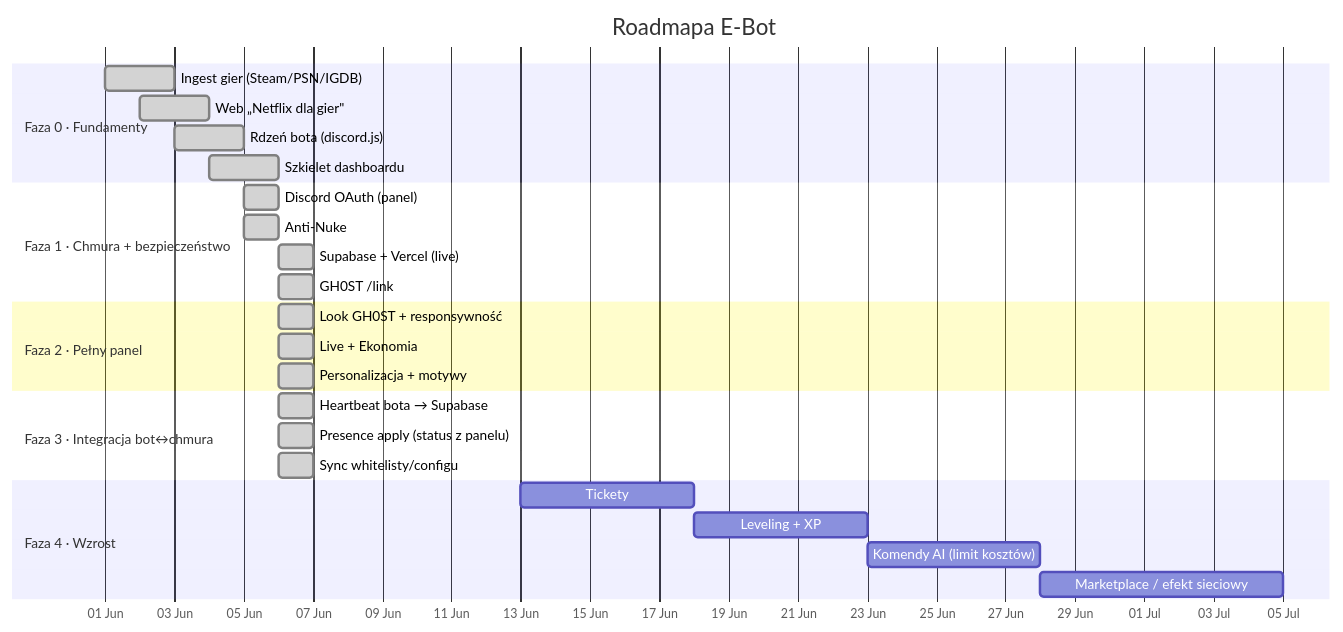
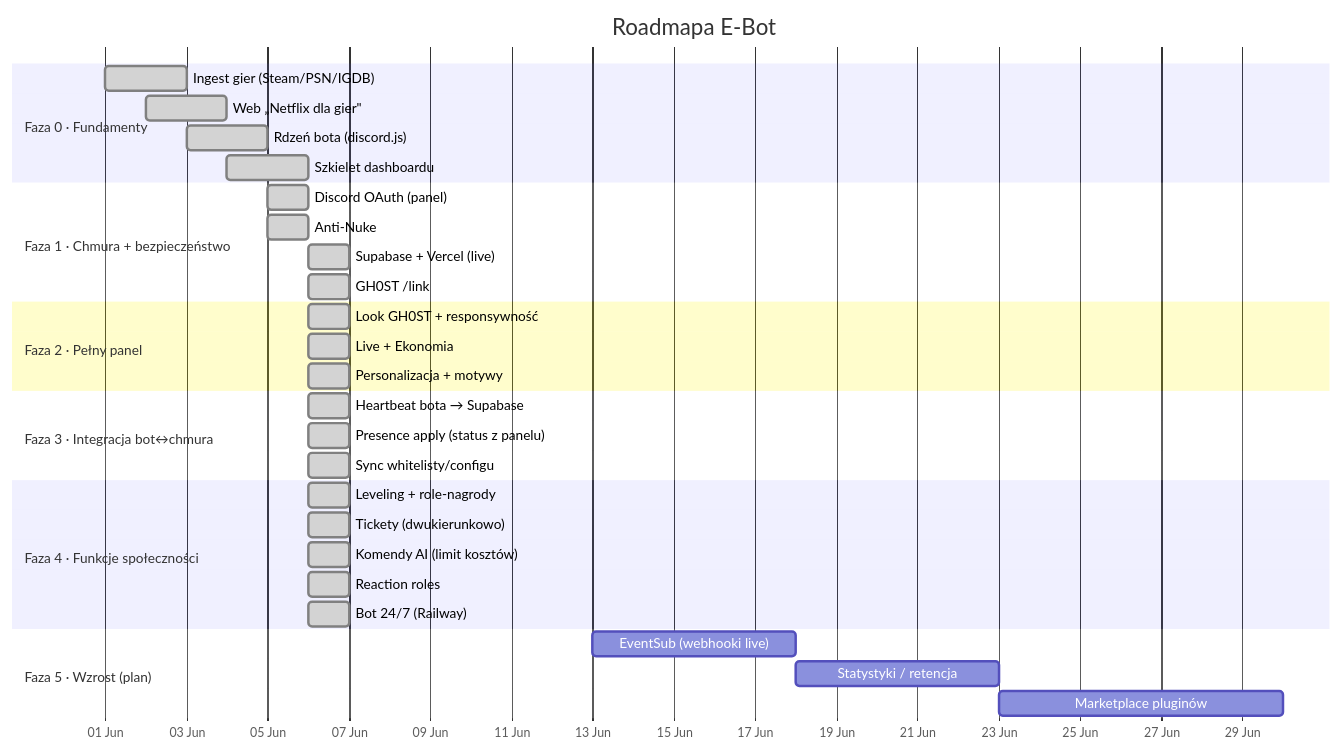
The first of 2 diagrams in docs/ROADMAP.md (Gh0s777tt/E-Bot), drawn with Mermaid before and after one commit. The commit also changed other lines of this file and 1 other file, not shown here.

Commit message:
docs: ROADMAP + README na bieżąco (Fazy 0-4 ukończone, bot 24/7 live, Faza 5 = plan) [#038]

````diff
--- a/docs/ROADMAP.md
+++ b/docs/ROADMAP.md
@@ -18,29 +18,34 @@
 ```mermaid
 gantt
   title Roadmapa E-Bot
   dateFormat YYYY-MM-DD
   axisFormat %d %b
   section Faza 0 · Fundamenty
   Ingest gier (Steam/PSN/IGDB) :done,  f0a, 2026-06-01, 2d
   Web „Netflix dla gier"       :done,  f0b, 2026-06-02, 2d
   Rdzeń bota (discord.js)      :done,  f0c, 2026-06-03, 2d
   Szkielet dashboardu          :done,  f0d, 2026-06-04, 2d
   section Faza 1 · Chmura + bezpieczeństwo
   Discord OAuth (panel)        :done,  f1a, 2026-06-05, 1d
   Anti-Nuke                    :done,  f1b, 2026-06-05, 1d
   Supabase + Vercel (live)     :done,  f1c, 2026-06-06, 1d
   GH0ST /link                  :done,  f1d, 2026-06-06, 1d
   section Faza 2 · Pełny panel
   Look GH0ST + responsywność   :done,  f2a, 2026-06-06, 1d
   Live + Ekonomia              :done,  f2b, 2026-06-06, 1d
   Personalizacja + motywy      :done,  f2c, 2026-06-06, 1d
   section Faza 3 · Integracja bot↔chmura
   Heartbeat bota → Supabase    :done, f3a, 2026-06-06, 1d
   Presence apply (status z panelu) :done, f3b, 2026-06-06, 1d
   Sync whitelisty/configu      :done, f3c, 2026-06-06, 1d
-  section Faza 4 · Wzrost
-  Tickety                      :     f4a, 2026-06-13, 5d
-  Leveling + XP                :     f4b, after f4a, 5d
-  Komendy AI (limit kosztów)   :     f4c, after f4b, 5d
-  Marketplace / efekt sieciowy :     f4d, after f4c, 7d
+  section Faza 4 · Funkcje społeczności
+  Leveling + role-nagrody      :done, f4a, 2026-06-06, 1d
+  Tickety (dwukierunkowo)      :done, f4b, 2026-06-06, 1d
+  Komendy AI (limit kosztów)   :done, f4c, 2026-06-06, 1d
+  Reaction roles               :done, f4d, 2026-06-06, 1d
+  Bot 24/7 (Railway)           :done, f4e, 2026-06-06, 1d
+  section Faza 5 · Wzrost (plan)
+  EventSub (webhooki live)     :     f5a, 2026-06-13, 5d
+  Statystyki / retencja        :     f5b, after f5a, 5d
+  Marketplace pluginów         :     f5c, after f5b, 7d
 ```
````
